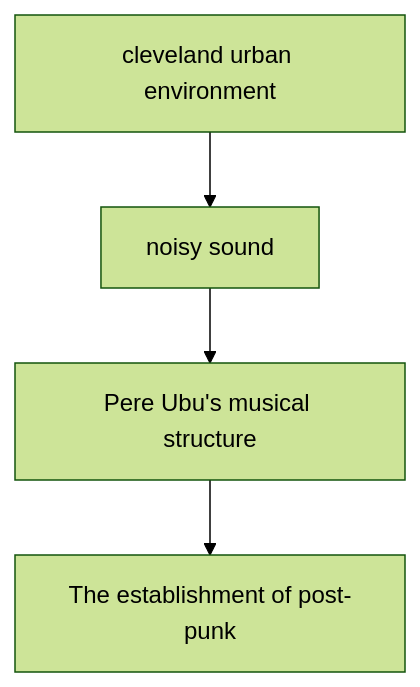
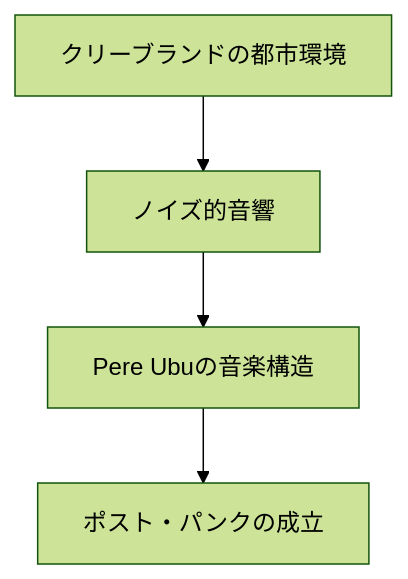
The first of 2 diagrams in en/_posts/2026-05-09-column-david-thomas.md (monumental-movement/monumental-movement.github.io), drawn with Mermaid (forest theme) before and after one commit. The commit also changed other lines of this file and 2196 other files, not shown here.

```diff
--- a/en/_posts/2026-05-09-column-david-thomas.md
+++ b/en/_posts/2026-05-09-column-david-thomas.md
@@ -87,6 +86,6 @@
 <div class="mermaid">
 graph TD
-A[cleveland urban environment] --> B[noisy sound]
-B --> C[Pere Ubu's musical structure]
-C --> D[The establishment of post-punk]
+A[クリーブランドの都市環境] --> B[ノイズ的音響]
+B --> C[Pere Ubuの音楽構造]
+C --> D[ポスト・パンクの成立]
 </div>
```
